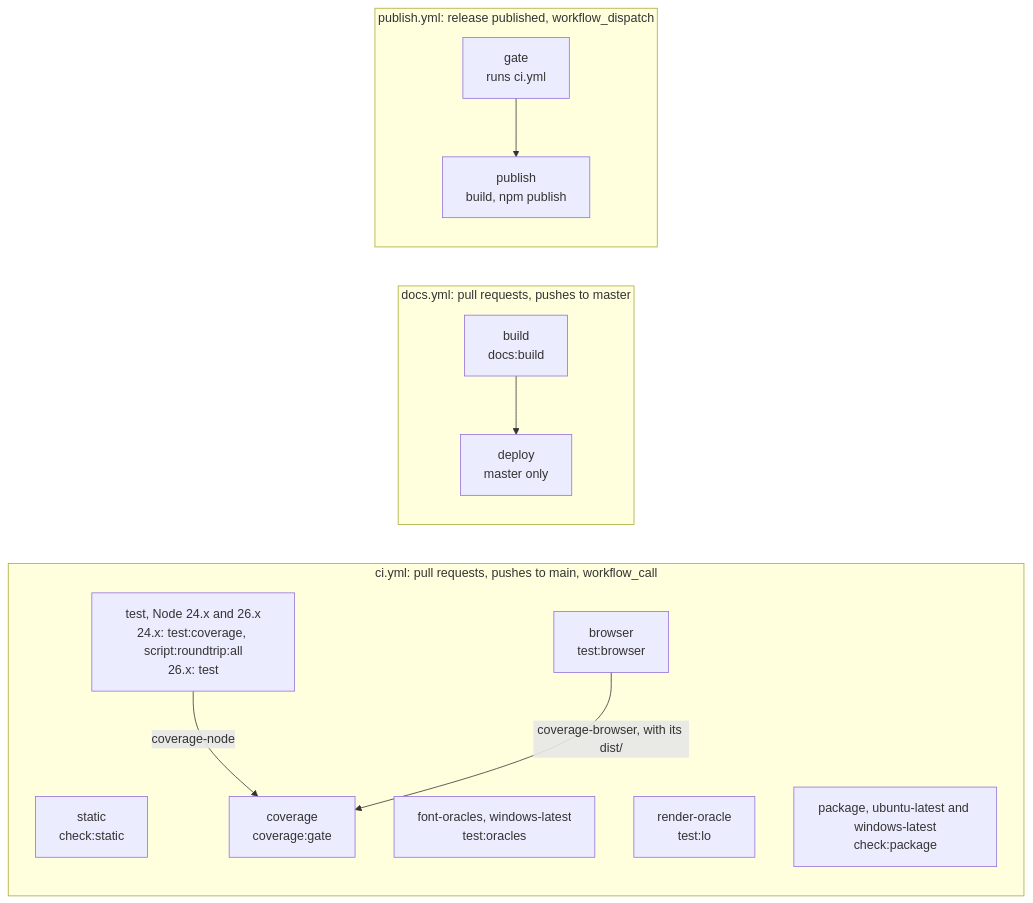
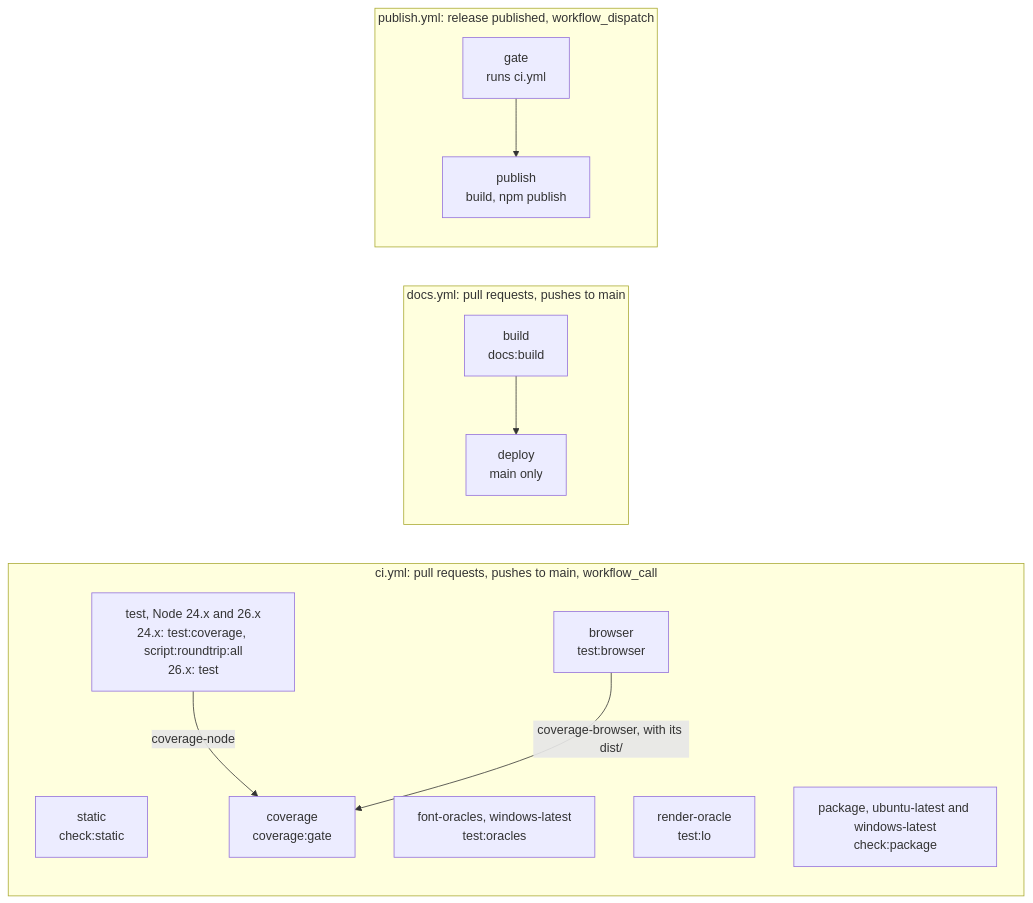
The first of 2 diagrams in docs/contributing/testing.md (shbernal/pptx-ts), drawn with Mermaid before and after one commit. The commit also changed other lines of this file and 8 other files, not shown here.

````diff
--- a/docs/contributing/testing.md
+++ b/docs/contributing/testing.md
@@ -131,20 +137,20 @@
 ```mermaid
 flowchart LR
   subgraph ci["ci.yml: pull requests, pushes to main, workflow_call"]
     static["static<br/>check:static"]
     test["test, Node 24.x and 26.x<br/>24.x: test:coverage, script:roundtrip:all<br/>26.x: test"]
     fonts["font-oracles, windows-latest<br/>test:oracles"]
     render["render-oracle<br/>test:lo"]
     browser["browser<br/>test:browser"]
     coverage["coverage<br/>coverage:gate"]
     package["package, ubuntu-latest and windows-latest<br/>check:package"]
     test -- "coverage-node" --> coverage
     browser -- "coverage-browser, with its dist/" --> coverage
   end
-  subgraph docs["docs.yml: pull requests, pushes to master"]
-    build["build<br/>docs:build"] --> deploy["deploy<br/>master only"]
+  subgraph docs["docs.yml: pull requests, pushes to main"]
+    build["build<br/>docs:build"] --> deploy["deploy<br/>main only"]
   end
   subgraph publish["publish.yml: release published, workflow_dispatch"]
     gate["gate<br/>runs ci.yml"] --> pub["publish<br/>build, npm publish"]
   end
 ```
````
